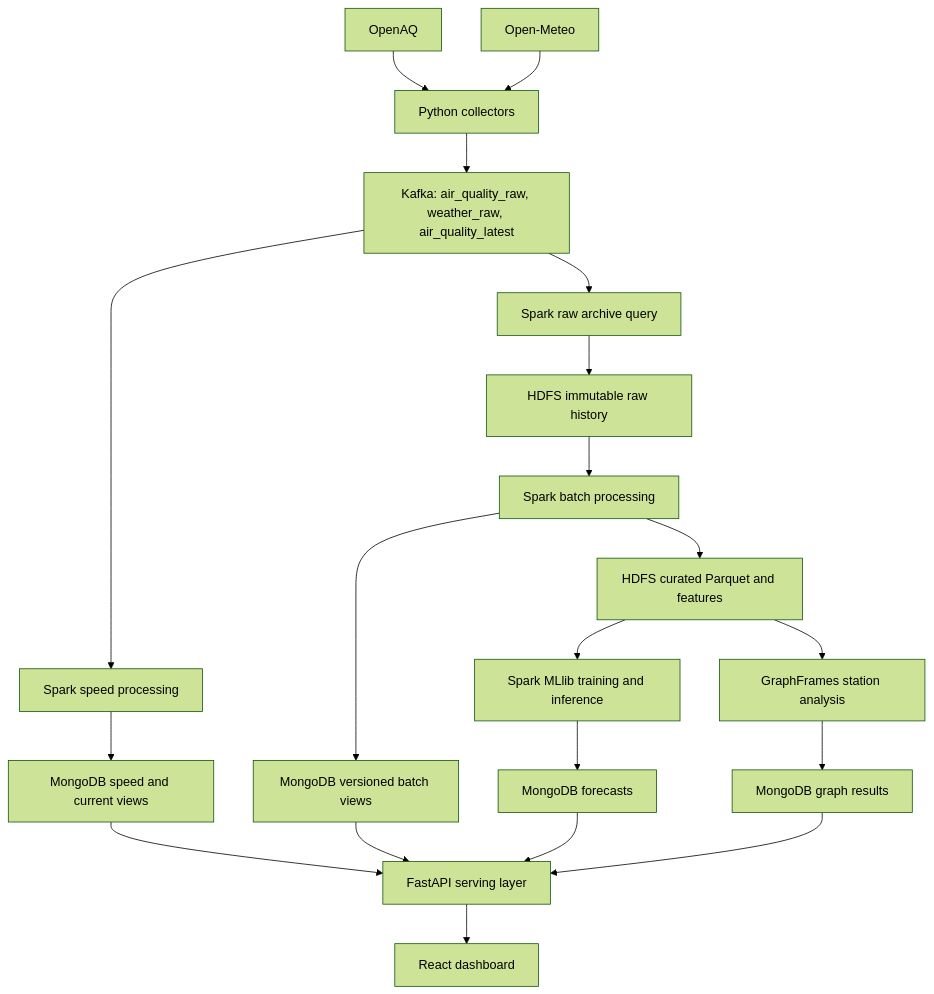
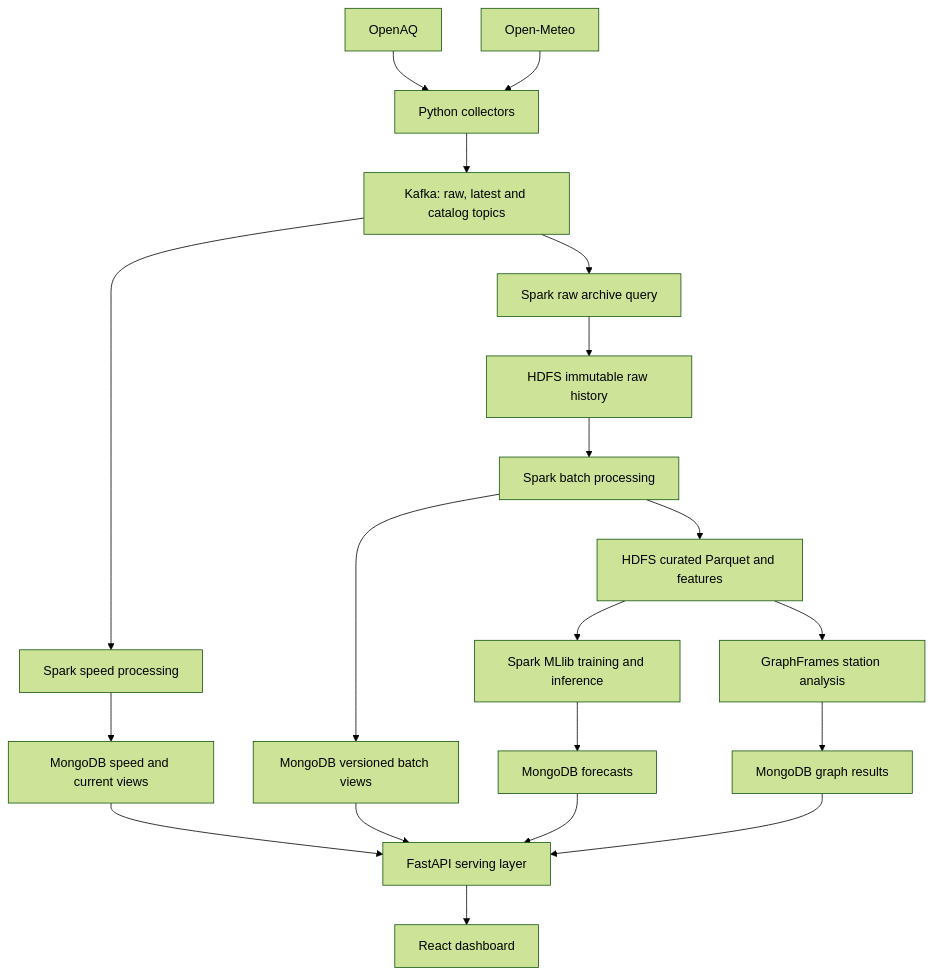
Before and after one commit to huyng26/IT4043E_Project: the diagram in docs/architecture.md, drawn with Mermaid (forest theme). The commit also changed other lines of this file and 8 other files, not shown here.

````diff
--- a/docs/architecture.md
+++ b/docs/architecture.md
@@ -35,22 +39,22 @@
 ```mermaid
 flowchart TD
     OA[OpenAQ] --> COL[Python collectors]
     OM[Open-Meteo] --> COL
-    COL --> K[Kafka: air_quality_raw, weather_raw, air_quality_latest]
+    COL --> K[Kafka: raw, latest and catalog topics]
     K --> AR[Spark raw archive query]
     AR --> H[HDFS immutable raw history]
     K --> SP[Spark speed processing]
     SP --> MV[MongoDB speed and current views]
     H --> B[Spark batch processing]
     B --> P[HDFS curated Parquet and features]
     B --> BV[MongoDB versioned batch views]
     P --> ML[Spark MLlib training and inference]
     ML --> PRED[MongoDB forecasts]
     P --> G[GraphFrames station analysis]
     G --> GA[MongoDB graph results]
     MV --> API[FastAPI serving layer]
     BV --> API
     PRED --> API
     GA --> API
     API --> UI[React dashboard]
 ```
````
